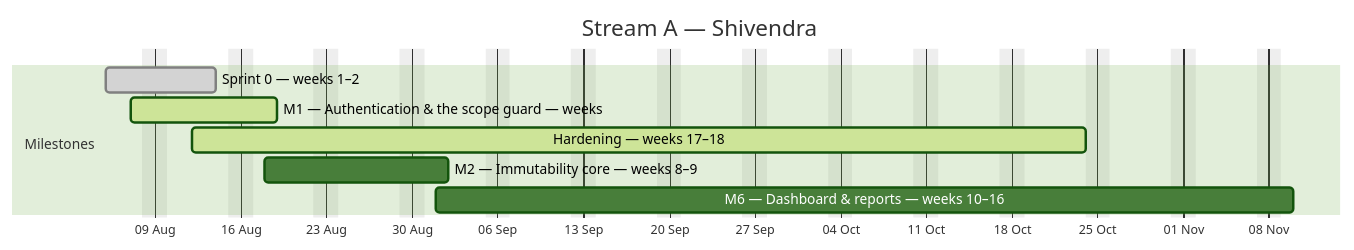
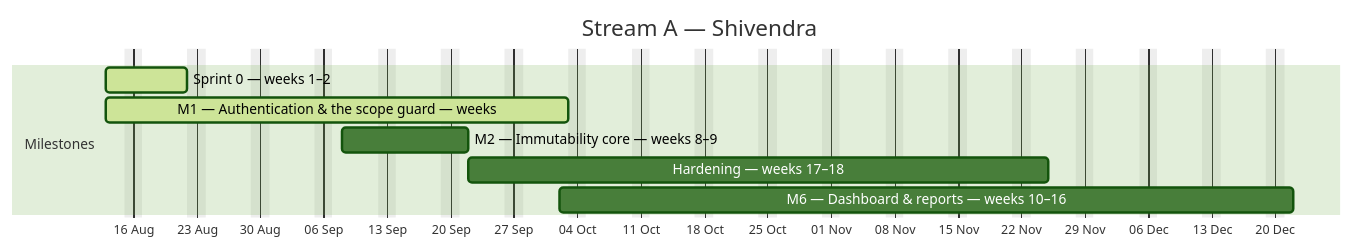
Before and after one commit to debashisedunext/EduTrack: the first of 4 diagrams in docs/plan/GANTT.md, drawn with Mermaid (forest theme). The commit also changed other lines of this file and 3 other files, not shown here.

````diff
--- a/docs/plan/GANTT.md
+++ b/docs/plan/GANTT.md
@@ -128,13 +140,13 @@
 ```mermaid
 gantt
     dateFormat YYYY-MM-DD
     axisFormat %d %b
     title Stream A — Shivendra
     excludes weekends
     section Milestones
-    Sprint 0 — weeks 1–2 :done, a0, 2026-08-05, 7d
-    M1 — Authentication & the scope guard — weeks :active, a1, 2026-08-07, 8d
-    Hardening — weeks 17–18 :active, a2, 2026-08-12, 53d
-    M2 — Immutability core — weeks 8–9 :a3, 2026-08-18, 11d
-    M6 — Dashboard & reports — weeks 10–16 :a4, 2026-09-01, 50d
+    Sprint 0 — weeks 1–2 :active, a0, 2026-08-13, 7d
+    M1 — Authentication & the scope guard — weeks :active, a1, 2026-08-13, 37d
+    M2 — Immutability core — weeks 8–9 :a2, 2026-09-08, 10d
+    Hardening — weeks 17–18 :a3, 2026-09-22, 46d
+    M6 — Dashboard & reports — weeks 10–16 :a4, 2026-10-02, 57d
 ```
````
